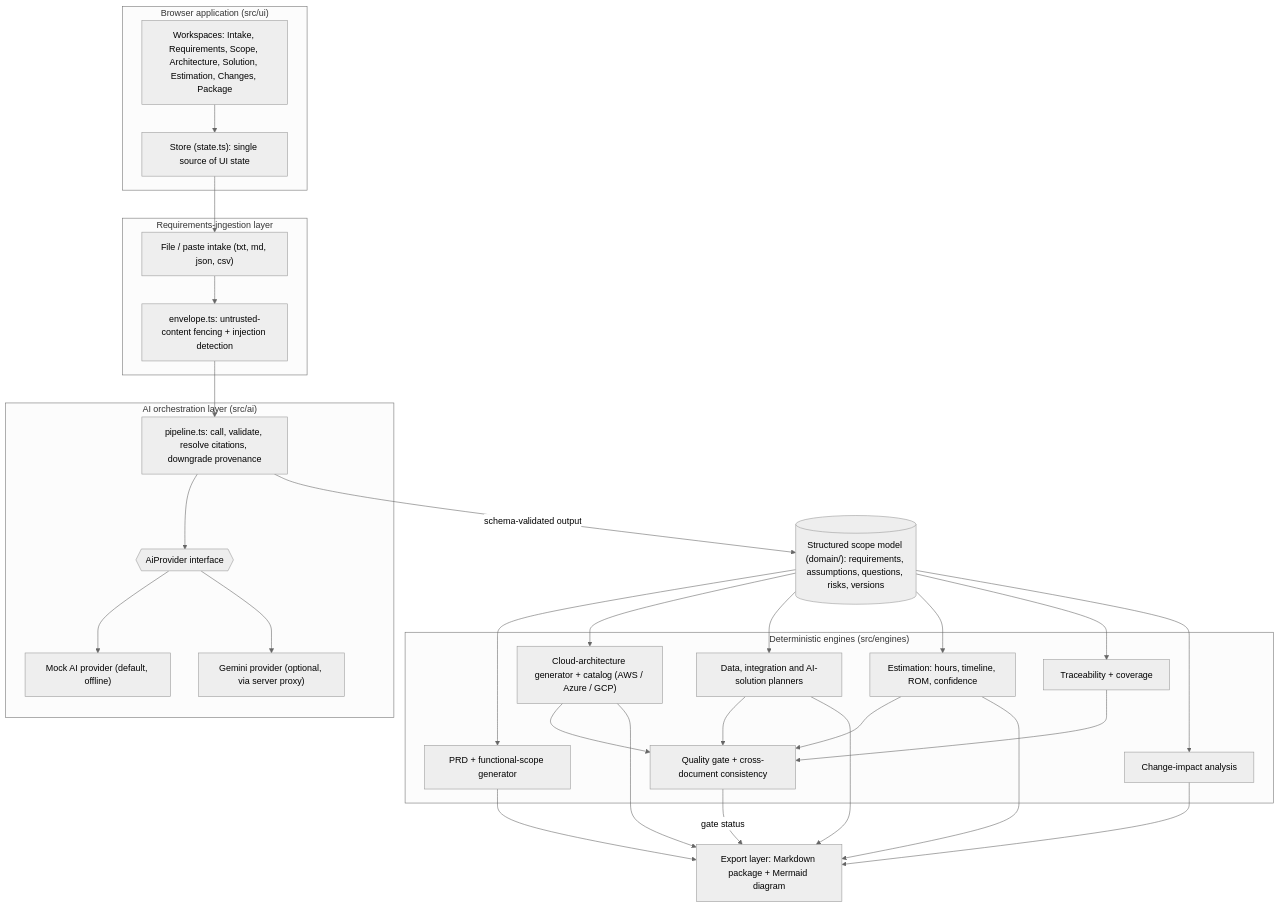
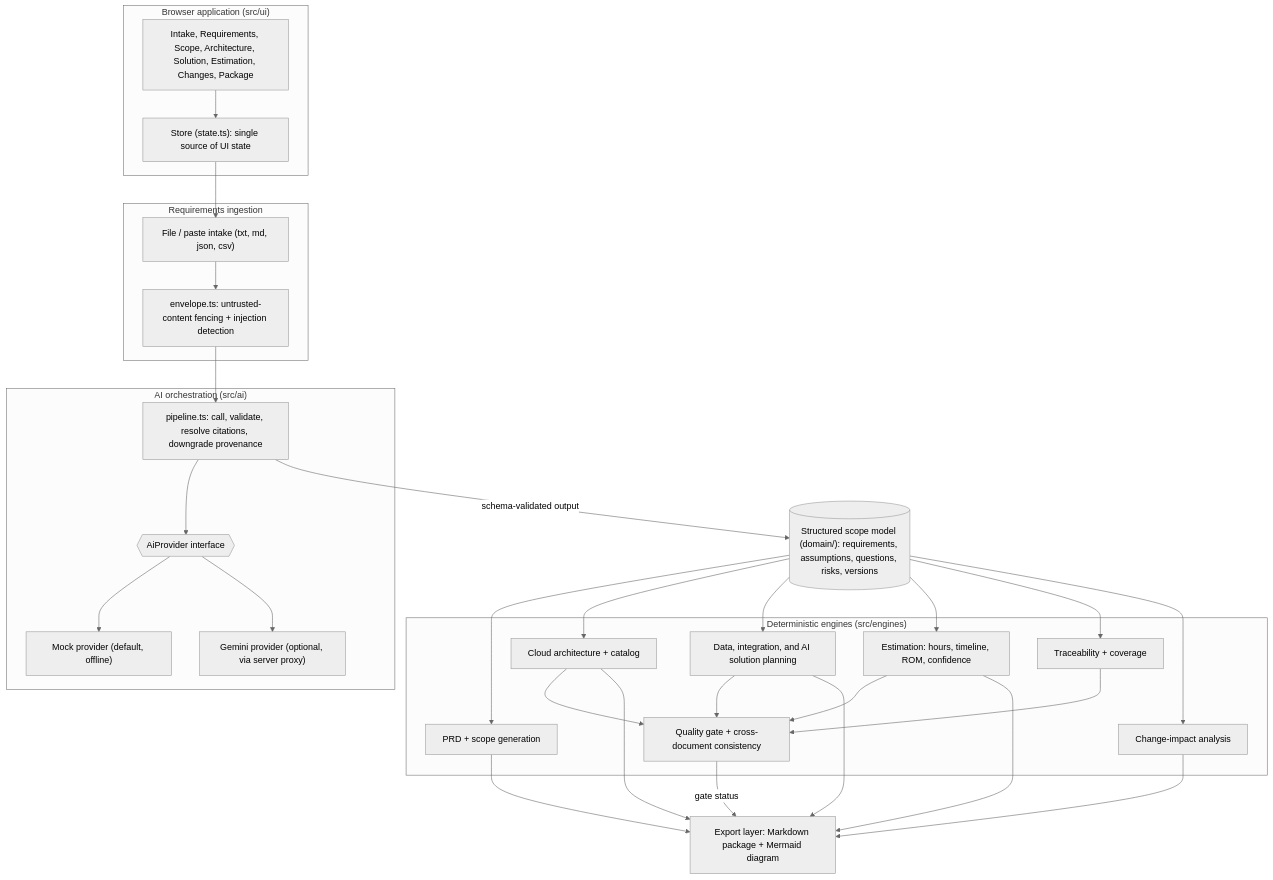
One commit to ashishj12/deal-costing-assistant-v2 changed the diagram in README.md. Above: the diagram before and after it, drawn with Mermaid (neutral theme). The commit also changed other lines of this file, not shown here.

````diff
--- a/README.md
+++ b/README.md
@@ -315,45 +314,51 @@
 ```mermaid
 flowchart TB
   subgraph Browser["Browser application (src/ui)"]
-    UI["Workspaces: Intake, Requirements, Scope, Architecture, Solution, Estimation, Changes, Package"]
+    UI["Intake, Requirements, Scope, Architecture, Solution, Estimation, Changes, Package"]
     Store["Store (state.ts): single source of UI state"]
   end
-  subgraph Ingest["Requirements-ingestion layer"]
+
+  subgraph Ingest["Requirements ingestion"]
     Upload["File / paste intake (txt, md, json, csv)"]
     Env["envelope.ts: untrusted-content fencing + injection detection"]
   end
-  subgraph AI["AI orchestration layer (src/ai)"]
+
+  subgraph AI["AI orchestration (src/ai)"]
     Pipe["pipeline.ts: call, validate, resolve citations, downgrade provenance"]
     Prov{{"AiProvider interface"}}
-    Mock["Mock AI provider (default, offline)"]
+    Mock["Mock provider (default, offline)"]
     Live["Gemini provider (optional, via server proxy)"]
   end
+
   Model[("Structured scope model (domain/): requirements, assumptions, questions, risks, versions")]
+
   subgraph Engines["Deterministic engines (src/engines)"]
-    PRD["PRD + functional-scope generator"]
-    Cloud["Cloud-architecture generator + catalog (AWS / Azure / GCP)"]
-    Data["Data, integration and AI-solution planners"]
+    PRD["PRD + scope generation"]
+    Cloud["Cloud architecture + catalog"]
+    Data["Data, integration, and AI solution planning"]
     Est["Estimation: hours, timeline, ROM, confidence"]
     Trace["Traceability + coverage"]
     Impact["Change-impact analysis"]
     QG["Quality gate + cross-document consistency"]
   end
+
   Export["Export layer: Markdown package + Mermaid diagram"]
+
   UI --> Store --> Upload --> Env --> Pipe
   Pipe --> Prov
   Prov --> Mock
   Prov --> Live
   Pipe -->|"schema-validated output"| Model
   Model --> PRD & Cloud & Data & Est
   Model --> Trace --> QG
   Model --> Impact
   Est --> QG
   Cloud --> QG
   Data --> QG
   PRD --> Export
   Cloud --> Export
   Data --> Export
   Est --> Export
   QG -->|"gate status"| Export
   Impact --> Export
 ```
````
